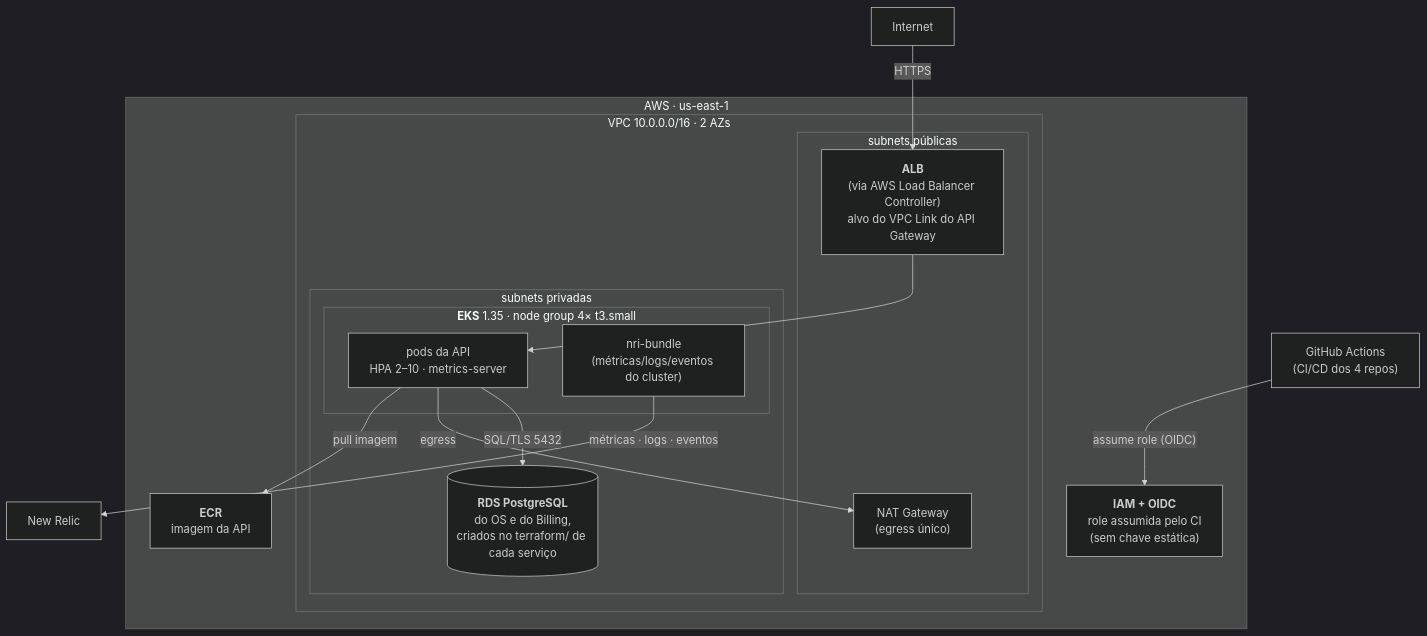
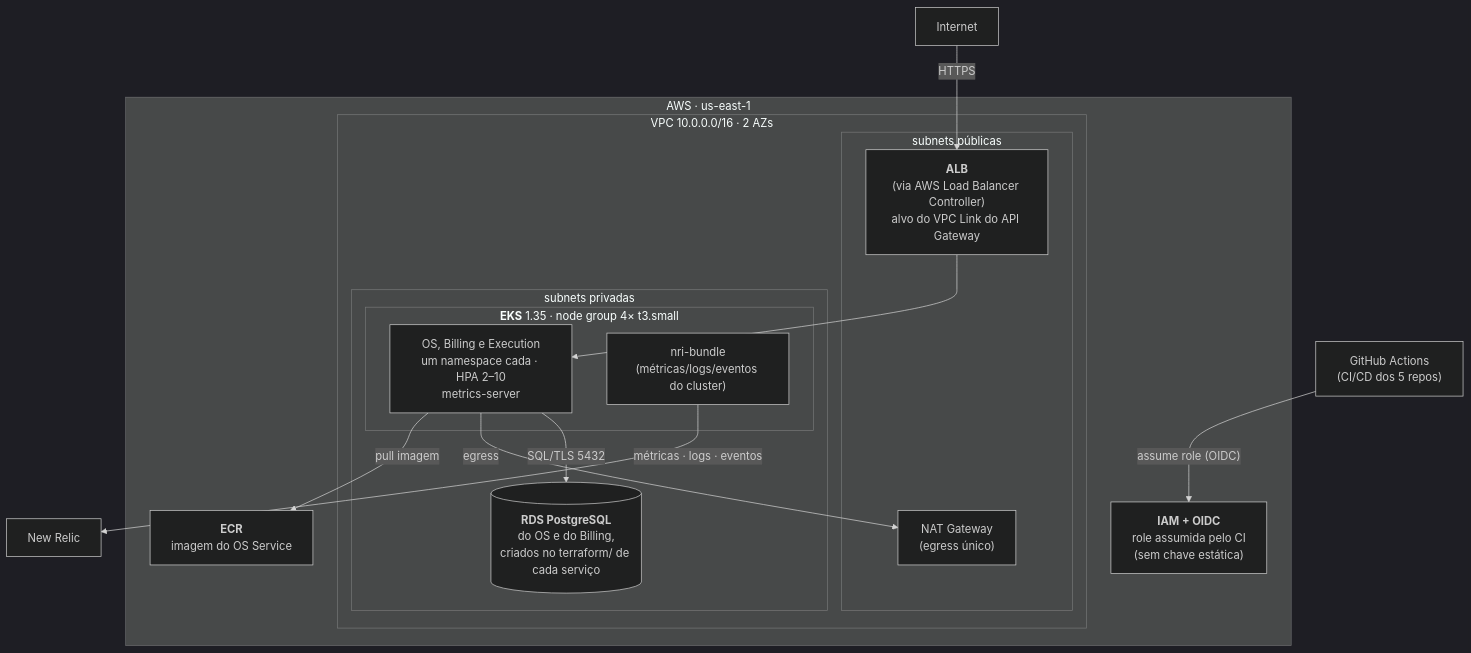
Before and after one commit to fiap-soat-oficina-tech-challenge/tc3-infra-k8s: the diagram in README.md, drawn with Mermaid (dark theme). The commit also changed other lines of this file and 1 other file, not shown here.

````diff
--- a/README.md
+++ b/README.md
@@ -134,33 +148,33 @@
 ```mermaid
 graph TB
     Internet["Internet"]
-    GH["GitHub Actions<br/>(CI/CD dos 4 repos)"]
+    GH["GitHub Actions<br/>(CI/CD dos 5 repos)"]
     NR["New Relic"]
 
     subgraph AWS["AWS · us-east-1"]
-        ECR["<b>ECR</b><br/>imagem da API"]
+        ECR["<b>ECR</b><br/>imagem do OS Service"]
         OIDC["<b>IAM + OIDC</b><br/>role assumida pelo CI<br/>(sem chave estática)"]
 
         subgraph VPC["VPC 10.0.0.0/16 · 2 AZs"]
             subgraph Pub["subnets públicas"]
                 ALB["<b>ALB</b><br/>(via AWS Load Balancer Controller)<br/>alvo do VPC Link do API Gateway"]
                 NAT["NAT Gateway<br/>(egress único)"]
             end
             subgraph Priv["subnets privadas"]
                 subgraph EKS["<b>EKS</b> 1.35 · node group 4× t3.small"]
-                    Pods["pods da API<br/>HPA 2–10 · metrics-server"]
+                    Pods["OS, Billing e Execution<br/>um namespace cada · HPA 2–10<br/>metrics-server"]
                     NRB["nri-bundle<br/>(métricas/logs/eventos do cluster)"]
                 end
                 RDS[("<b>RDS PostgreSQL</b><br/>do OS e do Billing,<br/>criados no terraform/ de cada serviço")]
             end
         end
     end
 
     Internet -->|"HTTPS"| ALB
     ALB --> Pods
     Pods -->|"SQL/TLS 5432"| RDS
     Pods -->|"egress"| NAT
     Pods -->|"pull imagem"| ECR
     GH -->|"assume role (OIDC)"| OIDC
     NRB -->|"métricas · logs · eventos"| NR
 ```
````
